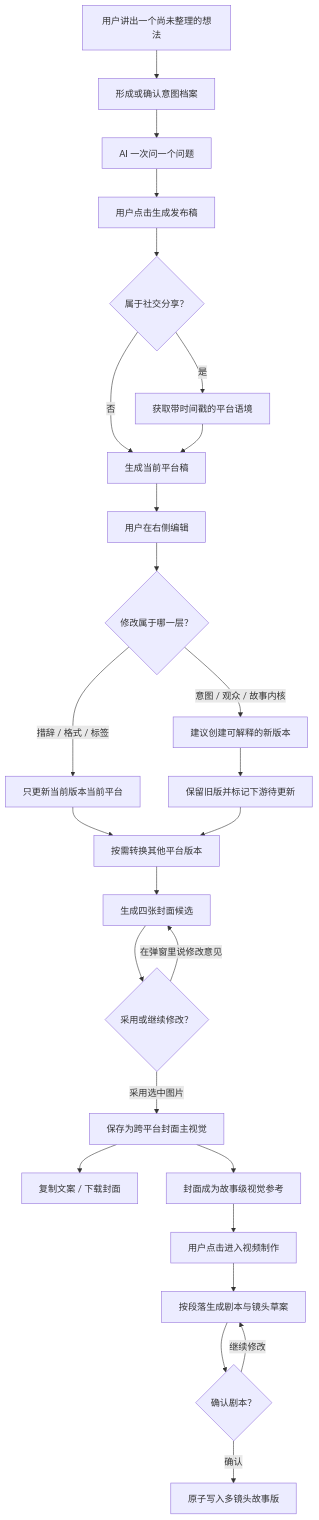
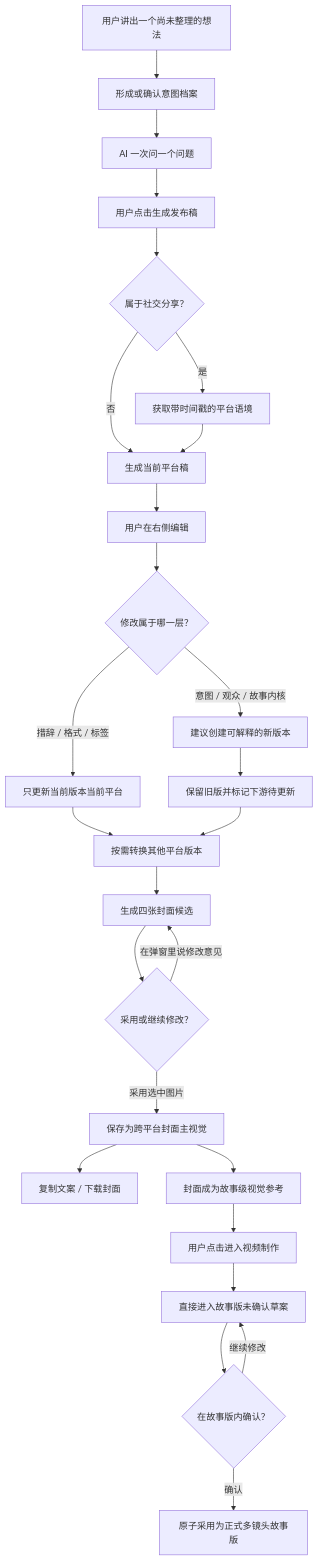
One commit to mountionzeng/Drinking-Time changed the diagram in docs/brainstorms/2026-08-05-publishing-draft-workspace-requirements.md. Above: the diagram before and after it, drawn with Mermaid. The commit also changed other lines of this file and 54 other files, not shown here.

````diff
--- a/docs/brainstorms/2026-08-05-publishing-draft-workspace-requirements.md
+++ b/docs/brainstorms/2026-08-05-publishing-draft-workspace-requirements.md
@@ -30,28 +30,28 @@
 ```mermaid
 flowchart TB
     A["用户讲出一个尚未整理的想法"] --> A1["形成或确认意图档案"]
     A1 --> B["AI 一次问一个问题"]
     B --> C["用户点击生成发布稿"]
     C --> T{"属于社交分享？"}
     T -->|"是"| U["获取带时间戳的平台语境"]
     T -->|"否"| D["生成当前平台稿"]
     U --> D
     D --> E["用户在右侧编辑"]
     E --> F{"修改属于哪一层？"}
     F -->|"措辞 / 格式 / 标签"| G["只更新当前版本当前平台"]
     F -->|"意图 / 观众 / 故事内核"| H["建议创建可解释的新版本"]
     H --> I["保留旧版并标记下游待更新"]
     G --> J["按需转换其他平台版本"]
     I --> J
     J --> K["生成四张封面候选"]
     K --> P{"采用或继续修改？"}
     P -->|"在弹窗里说修改意见"| K
     P -->|"采用选中图片"| L["保存为跨平台封面主视觉"]
     L --> Q["复制文案 / 下载封面"]
     L --> M["封面成为故事级视觉参考"]
     M --> N["用户点击进入视频制作"]
-    N --> O["按段落生成剧本与镜头草案"]
-    O --> R{"确认剧本？"}
+    N --> O["直接进入故事版未确认草案"]
+    O --> R{"在故事版内确认？"}
     R -->|"继续修改"| O
-    R -->|"确认"| S["原子写入多镜头故事版"]
+    R -->|"确认"| S["原子采用为正式多镜头故事版"]
 ```
````
